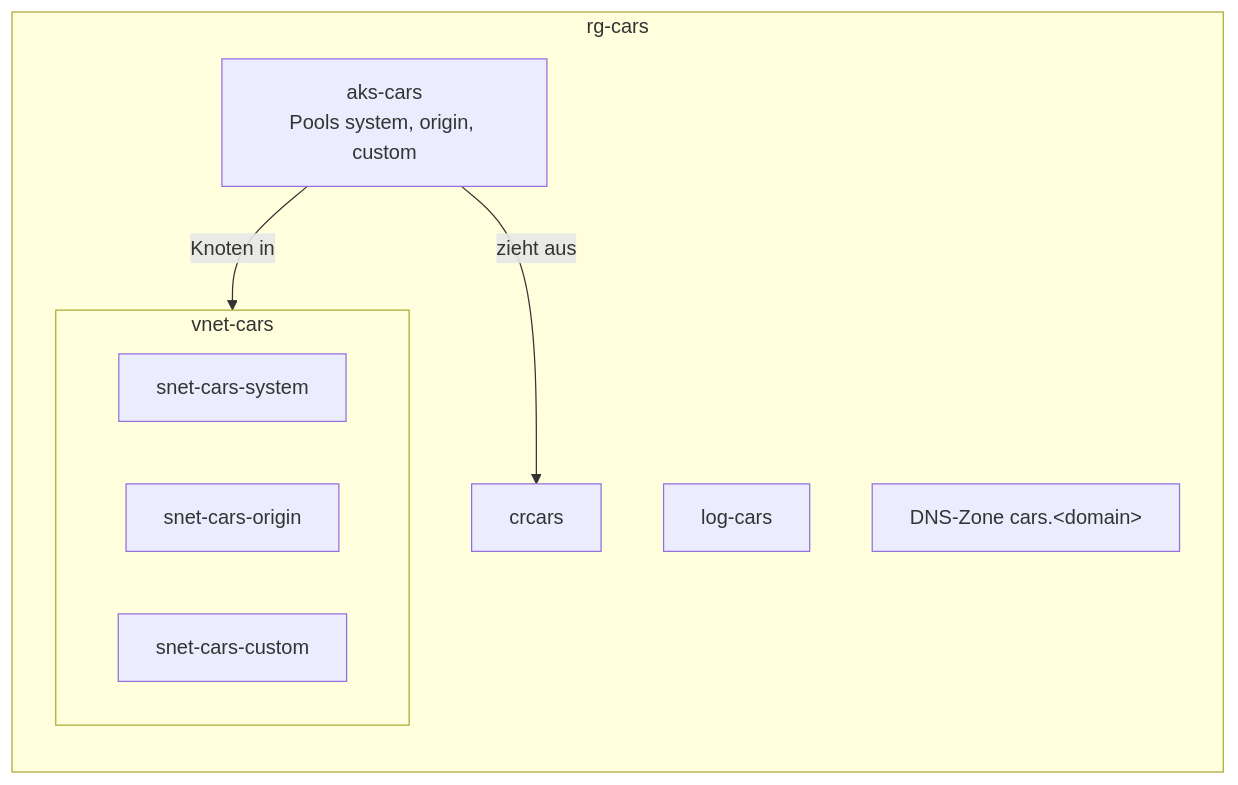
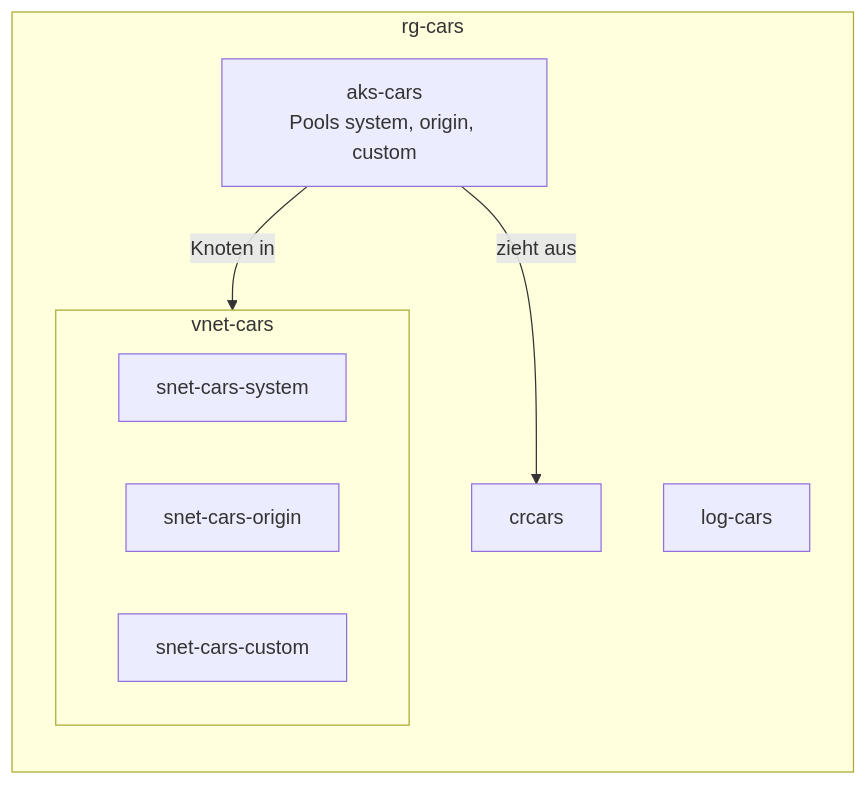
Before and after one commit to cars-world/cars-infra: the diagram in README.de.md, drawn with Mermaid. The commit also changed other lines of this file and 9 other files, not shown here.

````diff
--- a/README.de.md
+++ b/README.de.md
@@ -45,16 +45,15 @@
 ```mermaid
 flowchart LR
   subgraph rg["rg-cars"]
     log["log-cars"]
     cr["crcars"]
-    dns["DNS-Zone cars.&lt;domain&gt;"]
     subgraph vnet["vnet-cars"]
       sys["snet-cars-system"]
       ori["snet-cars-origin"]
       cus["snet-cars-custom"]
     end
     aks["aks-cars<br/>Pools system, origin, custom"]
   end
   aks -- "Knoten in" --> vnet
   aks -- "zieht aus" --> cr
 ```
````
